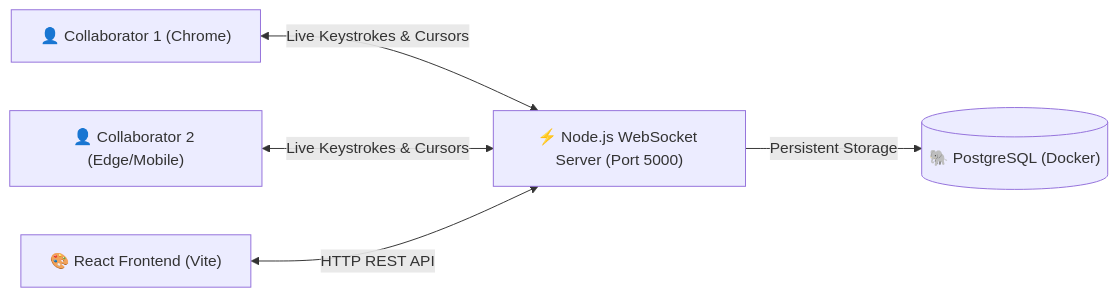
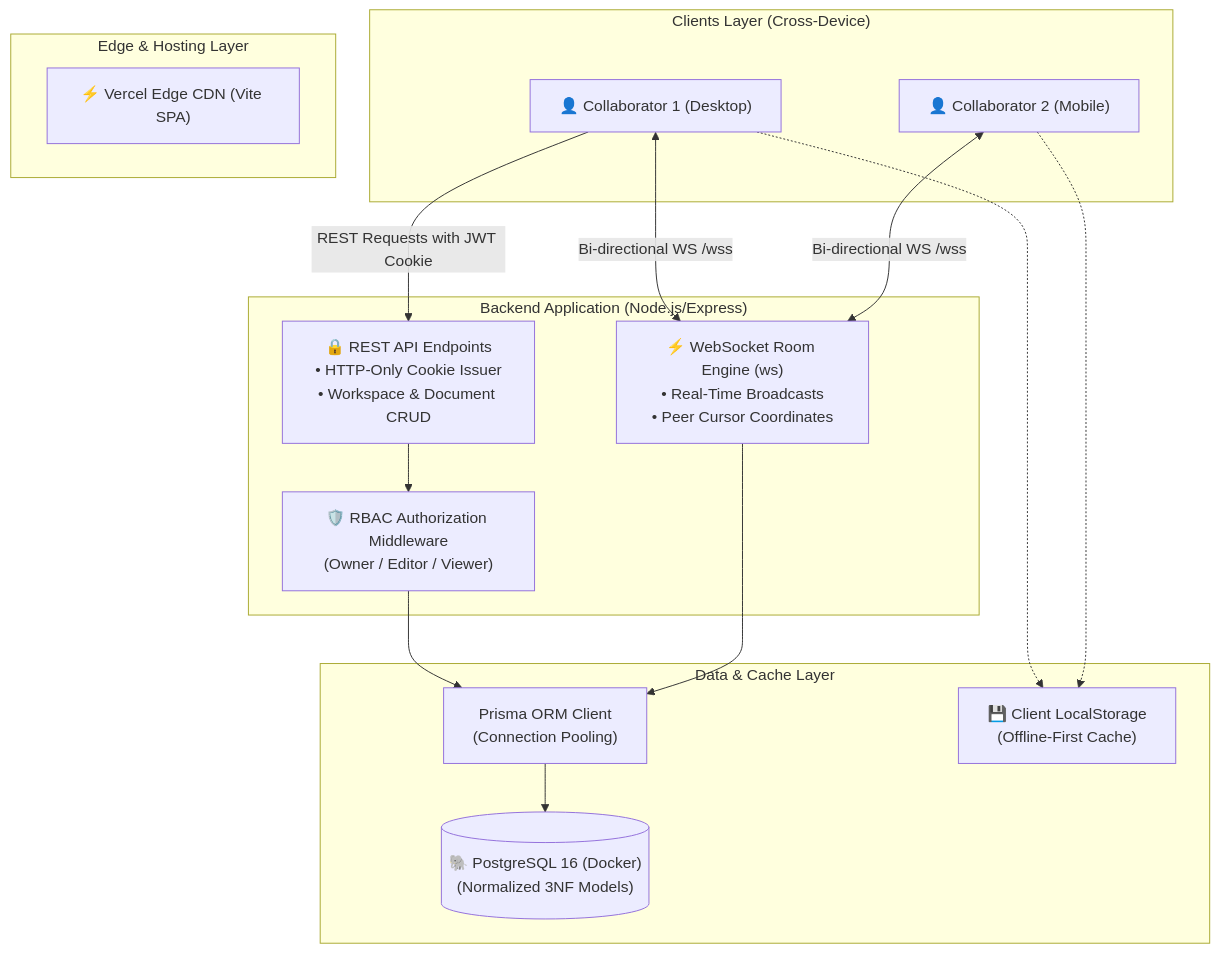
One commit to itishree528/Devpulse changed the first of 2 diagrams in README.md. Above: the diagram before and after it, drawn with Mermaid. The commit also changed other lines of this file, not shown here.

Commit message:
docs: enrich README with live demo badge, k6 benchmarks, and ER diagrams

````diff
--- a/README.md
+++ b/README.md
@@ -29,7 +35,31 @@
 ```mermaid
-flowchart LR
-    A["👤 Collaborator 1 (Chrome)"] <-->|Live Keystrokes & Cursors| WS["⚡ Node.js WebSocket Server (Port 5000)"]
-    B["👤 Collaborator 2 (Edge/Mobile)"] <-->|Live Keystrokes & Cursors| WS
-    WS -->|Persistent Storage| DB[("🐘 PostgreSQL (Docker)")]
-    C["🎨 React Frontend (Vite)"] <-->|HTTP REST API| WS
+flowchart TD
+    subgraph Clients["Clients Layer (Cross-Device)"]
+        C1["👤 Collaborator 1 (Desktop)"]
+        C2["👤 Collaborator 2 (Mobile)"]
+    end
+
+    subgraph Edge["Edge & Hosting Layer"]
+        Vercel["⚡ Vercel Edge CDN (Vite SPA)"]
+    end
+
+    subgraph API["Backend Application (Node.js/Express)"]
+        WS["⚡ WebSocket Room Engine (ws)\n• Real-Time Broadcasts\n• Peer Cursor Coordinates"]
+        REST["🔒 REST API Endpoints\n• HTTP-Only Cookie Issuer\n• Workspace & Document CRUD"]
+        RBAC["🛡️ RBAC Authorization Middleware\n(Owner / Editor / Viewer)"]
+    end
+
+    subgraph Storage["Data & Cache Layer"]
+        Prisma["Prisma ORM Client\n(Connection Pooling)"]
+        PG[("🐘 PostgreSQL 16 (Docker)\n(Normalized 3NF Models)")]
+        Local["💾 Client LocalStorage\n(Offline-First Cache)"]
+    end
+
+    C1 <-->|Bi-directional WS /wss| WS
+    C2 <-->|Bi-directional WS /wss| WS
+    C1 -->|REST Requests with JWT Cookie| REST
+    REST --> RBAC --> Prisma --> PG
+    WS --> Prisma
+    C1 -.-> Local
+    C2 -.-> Local
 ```
````
